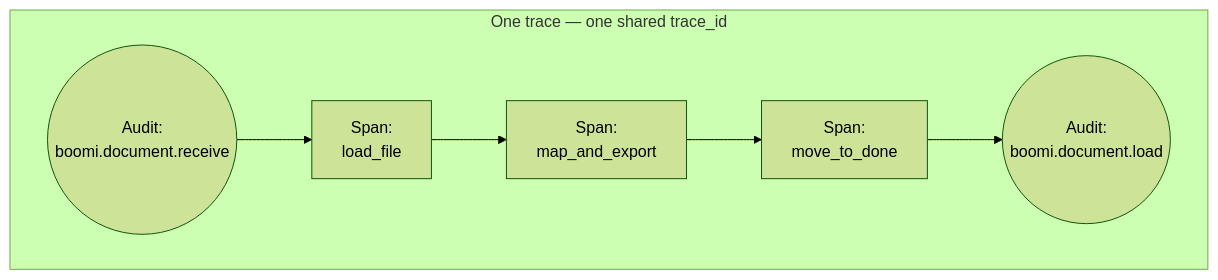
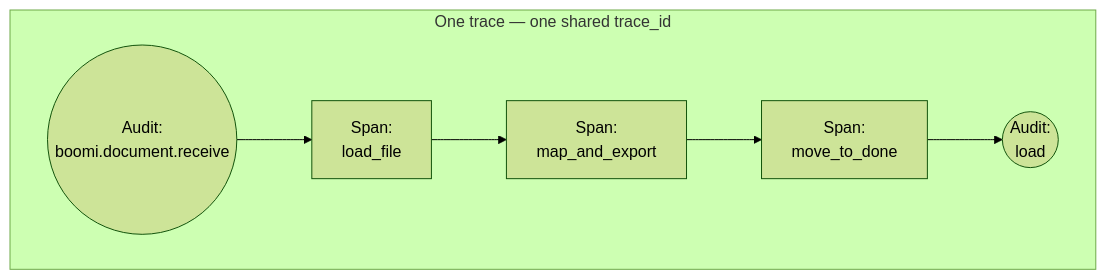
The second of 4 diagrams in docs/guides/boomi-integration-guide.md (sml-global/mongodb), drawn with Mermaid (forest theme) before and after one commit. The commit also changed other lines of this file and 4 other files, not shown here.

````diff
--- a/docs/guides/boomi-integration-guide.md
+++ b/docs/guides/boomi-integration-guide.md
@@ -253,10 +257,10 @@
 ```mermaid
 flowchart LR
   subgraph trace["One trace — one shared trace_id"]
     direction LR
     A1(("Audit:\nboomi.document.receive")) --> S1["Span:\nload_file"]
     S1 --> S2["Span:\nmap_and_export"]
     S2 --> S3["Span:\nmove_to_done"]
-    S3 --> A2(("Audit:\nboomi.document.load"))
+    S3 --> A2(("Audit:\nload"))
   end
 ```
````
